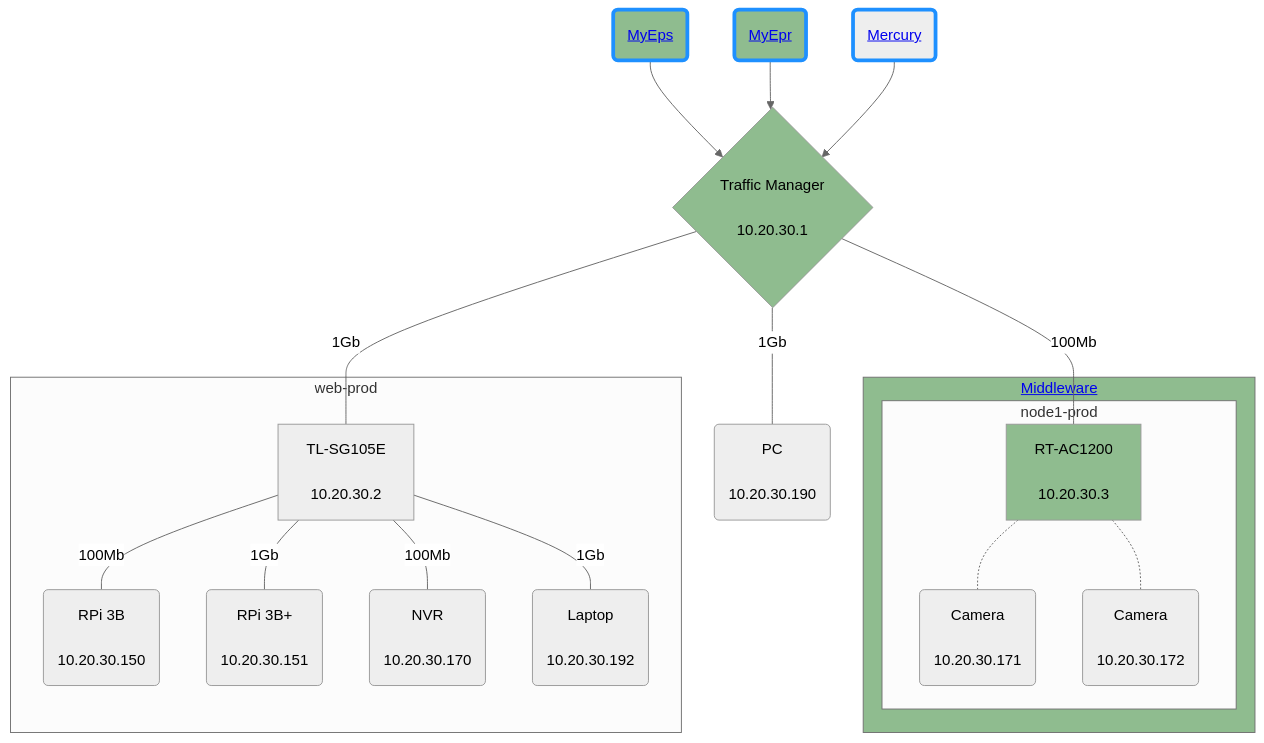
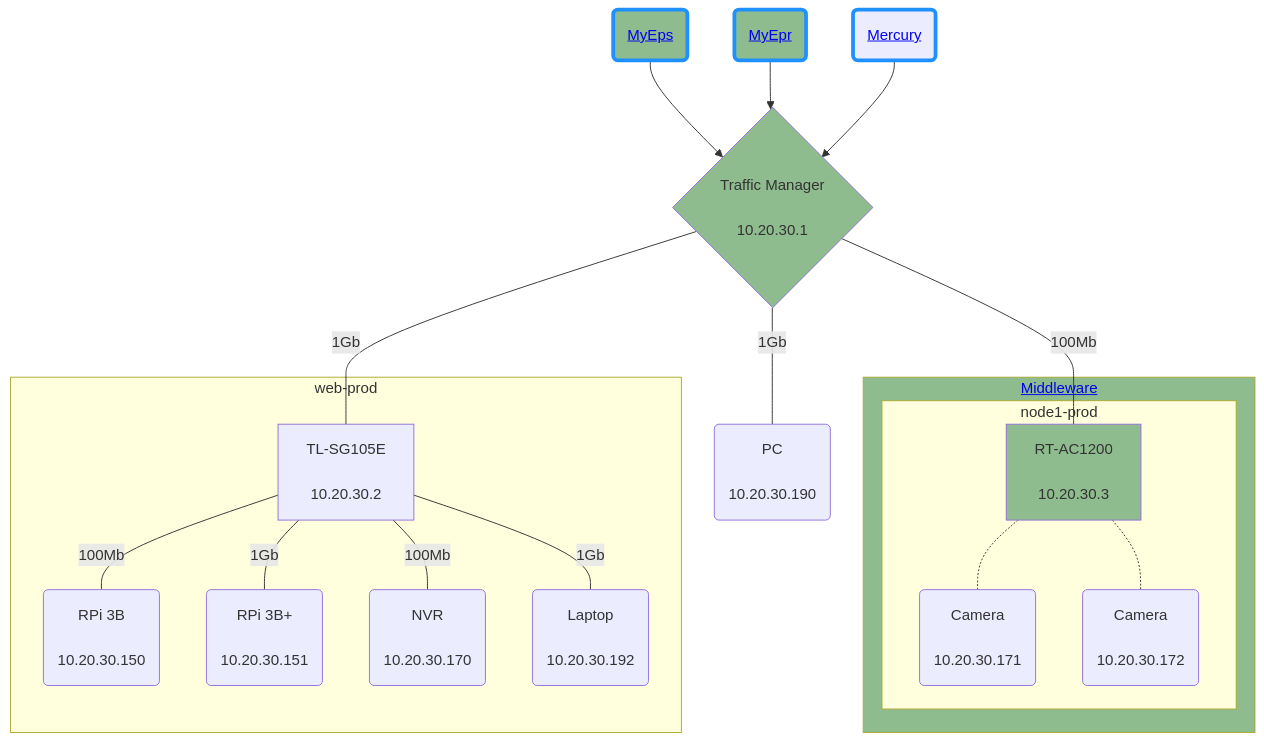
The diagram in README.md (EproductiveReleases/whatsup), drawn with Mermaid before and after one commit.

````diff
--- a/README.md
+++ b/README.md
@@ -3,41 +3,41 @@
 ```mermaid
-%%{init: {'theme': 'neutral', "flowchart" : { "curve" : "basis" } } }%%
+%%{init: {'theme': 'default', "flowchart" : { "curve" : "basis" } } }%%
 graph TD
  linkStyle default interpolate basis
  myeps(<center><a href='https://github.com/EproductiveReleases/whatsup/blob/main/applications/myeps/README.md'>MyEps</a></center>)-->tm
  myepr(<center><a href='https://github.com/EproductiveReleases/whatsup/blob/main/applications/myepr/README.md'>MyEpr</a></center>)-->tm
  mercury(<center><a href='https://github.com/EproductiveReleases/whatsup/blob/main/applications/mercury/README.md'>Mercury</a></center>)-->tm
  tm{<center>Traffic Manager<br><br>10.20.30.1</center>}
  tm---|100Mb|ap[<center>RT-AC1200<br><br>10.20.30.3</center>]
  tm---|1Gb|pc(<center>PC<br><br>10.20.30.190</center>)
  tm---|1Gb|switch[<center>TL-SG105E<br><br>10.20.30.2</center>]
  subgraph node-pool[<center><a href='https://github.com/EproductiveReleases/whatsup/blob/main/applications/myeps/README.md'>Middleware</a></center>]
   subgraph node1-prod
   ap:::up-.-cam1(<center>Camera<br><br>10.20.30.171</center>)
   ap-.-cam2(<center>Camera<br><br>10.20.30.172</center>)
   end
  end
  subgraph web-prod
  switch---|100Mb|pi1(<center>RPi 3B<br><br>10.20.30.150</center>)
  switch---|1Gb|pi2(<center>RPi 3B+<br><br>10.20.30.151</center>)
  switch---|100Mb|nvr(<center>NVR<br><br>10.20.30.170</center>)
  switch---|1Gb|laptop(<center>Laptop<br><br>10.20.30.192</center>)
  end
 
 classDef up fill:darkseagreen
 classDef issue fill:orange
 classDef down fill:orangered
 
 classDef app stroke:dodgerblue,stroke-width:4px
 
 myeps:::app
 myepr:::app
 mercury:::app
 
 myeps:::up
 myepr:::up
 tm:::up
 node-pool:::up
 
 
 ```
````
